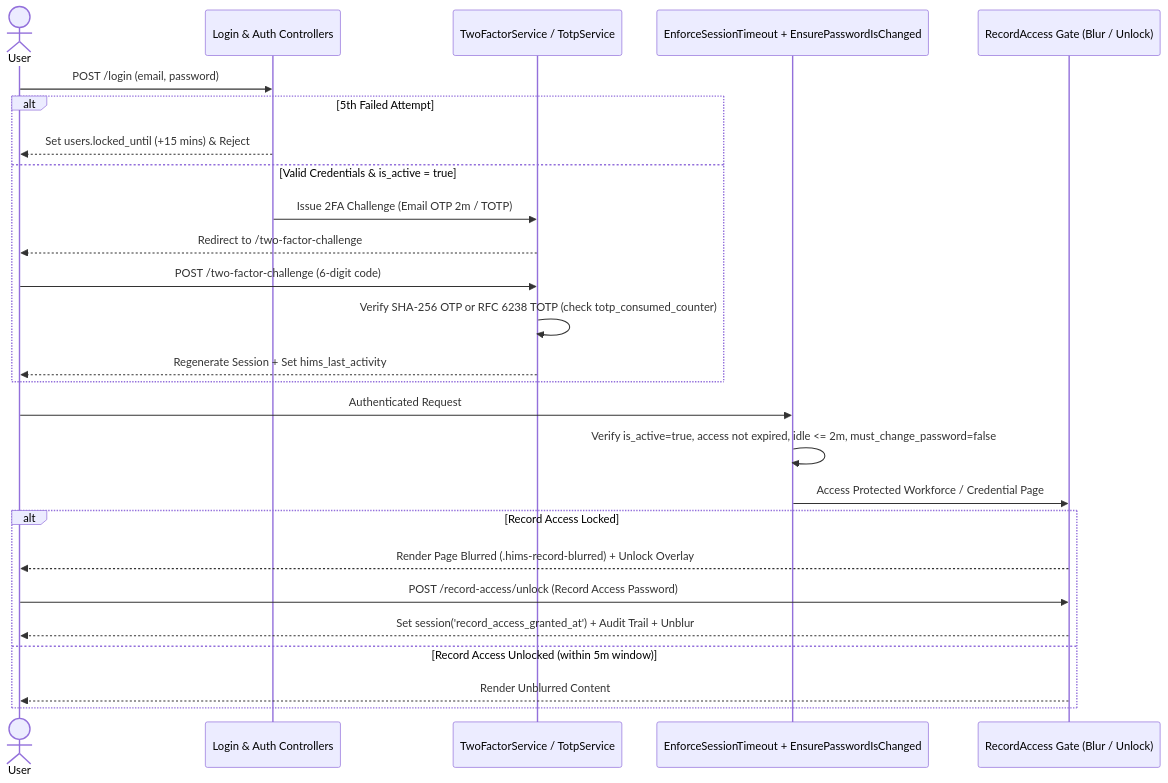
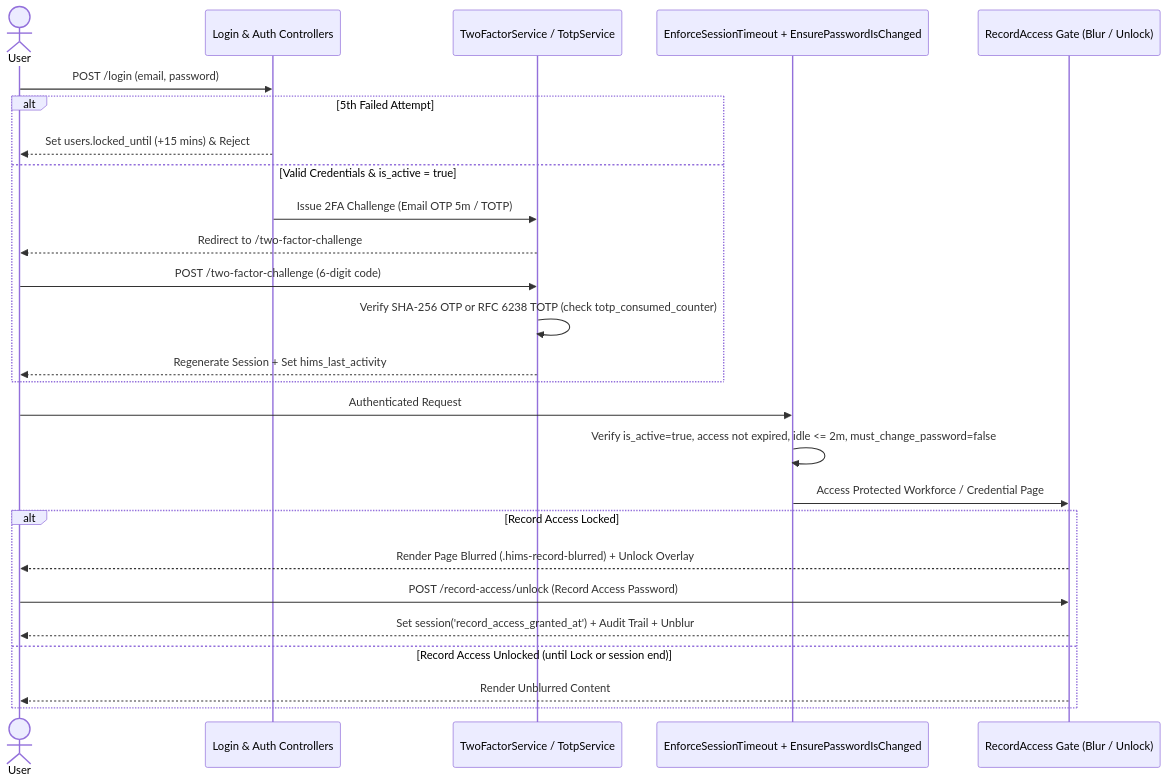
The second of 3 diagrams in HIMS_ARCHITECTURE_AND_SECURITY.md (shikabane277/HIMS-v2), drawn with Mermaid before and after one commit. The commit also changed other lines of this file and 4 other files, not shown here.

````diff
--- a/HIMS_ARCHITECTURE_AND_SECURITY.md
+++ b/HIMS_ARCHITECTURE_AND_SECURITY.md
@@ -663,29 +663,29 @@
 ```mermaid
 sequenceDiagram
     actor User
     participant Web as Login & Auth Controllers
     participant TwoFA as TwoFactorService / TotpService
     participant MW as EnforceSessionTimeout + EnsurePasswordIsChanged
     participant Rec as RecordAccess Gate (Blur / Unlock)
 
     User->>Web: POST /login (email, password)
     alt 5th Failed Attempt
         Web-->>User: Set users.locked_until (+15 mins) & Reject
     else Valid Credentials & is_active = true
-        Web->>TwoFA: Issue 2FA Challenge (Email OTP 2m / TOTP)
+        Web->>TwoFA: Issue 2FA Challenge (Email OTP 5m / TOTP)
         TwoFA-->>User: Redirect to /two-factor-challenge
         User->>TwoFA: POST /two-factor-challenge (6-digit code)
         TwoFA->>TwoFA: Verify SHA-256 OTP or RFC 6238 TOTP (check totp_consumed_counter)
         TwoFA-->>User: Regenerate Session + Set hims_last_activity
     end
     User->>MW: Authenticated Request
     MW->>MW: Verify is_active=true, access not expired, idle <= 2m, must_change_password=false
     MW->>Rec: Access Protected Workforce / Credential Page
     alt Record Access Locked
         Rec-->>User: Render Page Blurred (.hims-record-blurred) + Unlock Overlay
         User->>Rec: POST /record-access/unlock (Record Access Password)
         Rec-->>User: Set session('record_access_granted_at') + Audit Trail + Unblur
-    else Record Access Unlocked (within 5m window)
+    else Record Access Unlocked (until Lock or session end)
         Rec-->>User: Render Unblurred Content
     end
 ```
````
